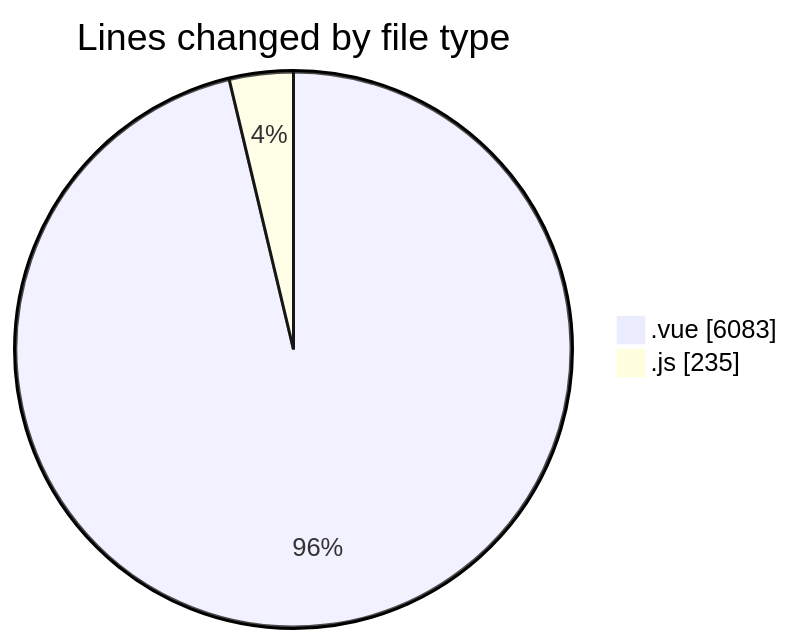
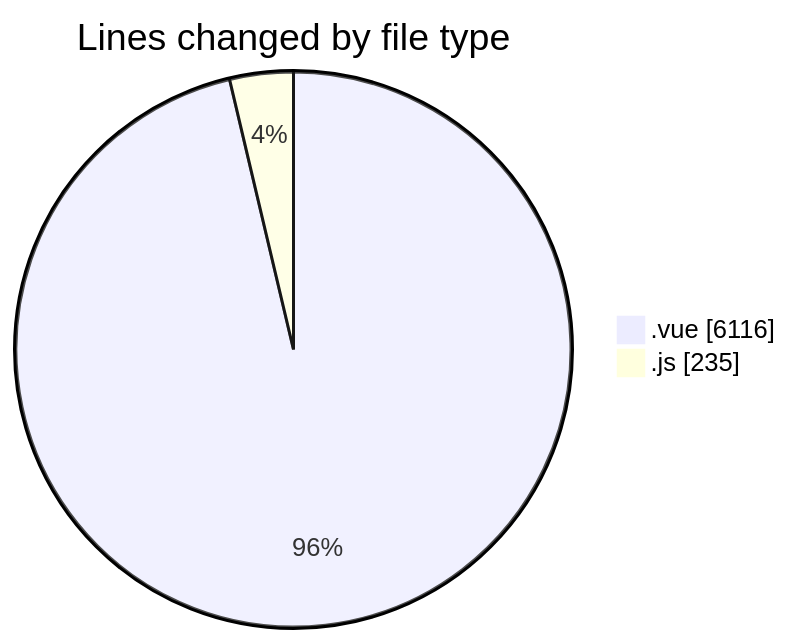
One commit to lephambinh05/code-tracking changed the first of 2 diagrams in 2025-08-13/rentotp/README.md. Above: the diagram before and after it, drawn with Mermaid. The commit also changed other lines of this file and 1 other file, not shown here.

````diff
--- a/2025-08-13/rentotp/README.md
+++ b/2025-08-13/rentotp/README.md
@@ -30,6 +30,6 @@
 ```mermaid
 pie showData
 title Lines changed by file type
-".vue" : 6083
+".vue" : 6116
 ".js" : 235
 ```
````
